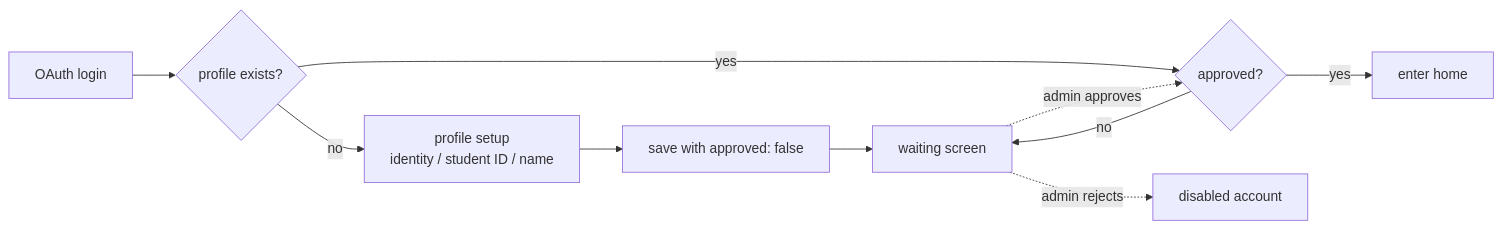
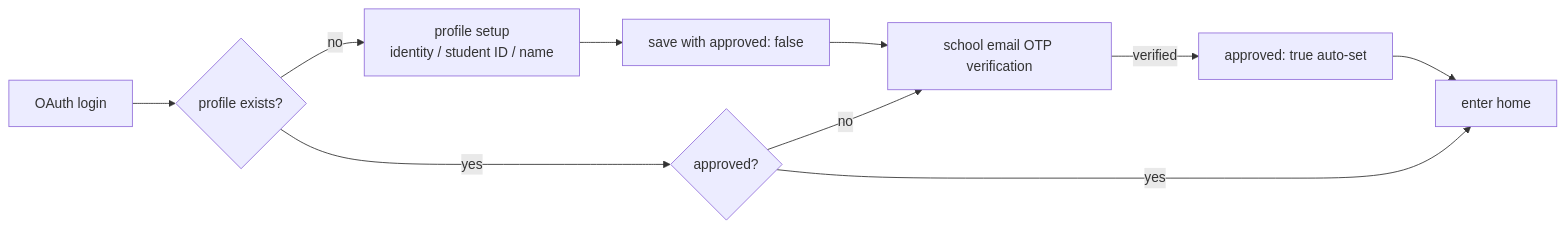
One commit to Monkshark/hansol_hs_flutter_app changed the second of 3 diagrams in docs/guides/account-and-access_en.md. Above: the diagram before and after it, drawn with Mermaid. The commit also changed other lines of this file and 5 other files, not shown here.

First line of the commit message:
feat: 학교 이메일 OTP 통과 시 approved 자동 부여

````diff
--- a/docs/guides/account-and-access_en.md
+++ b/docs/guides/account-and-access_en.md
@@ -71,12 +71,12 @@
 ```mermaid
 graph LR
     A[OAuth login] --> B{profile exists?}
     B -->|no| C[profile setup<br/>identity / student ID / name]
     B -->|yes| D{approved?}
     C --> E[save with approved: false]
-    E --> F[waiting screen]
-    D -->|yes| G[enter home]
+    E --> F[school email OTP verification]
+    F -->|verified| G[approved: true auto-set]
+    G --> H[enter home]
+    D -->|yes| H
     D -->|no| F
-    F -.->|admin approves| D
-    F -.->|admin rejects| H[disabled account]
 ```
````
